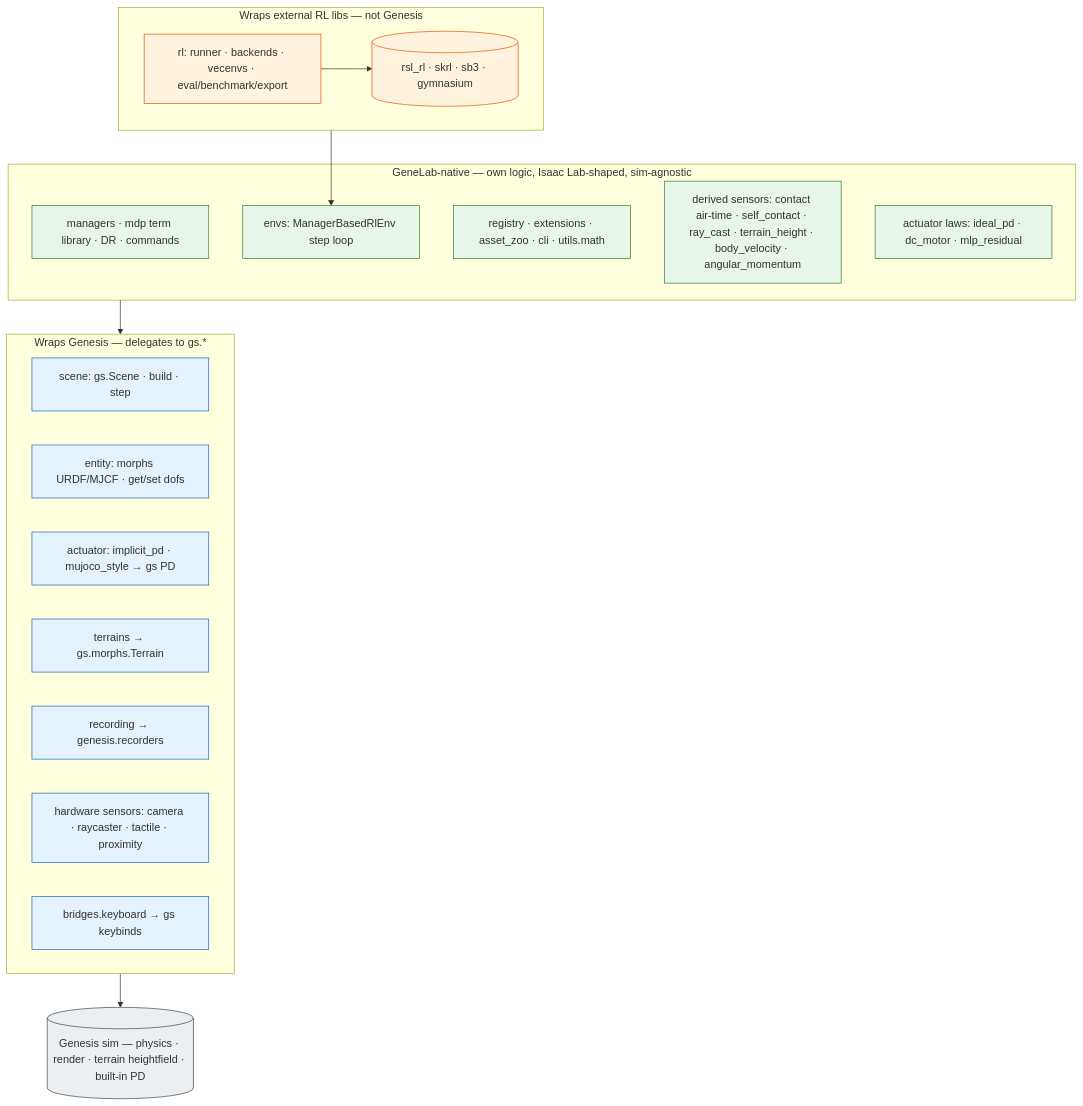
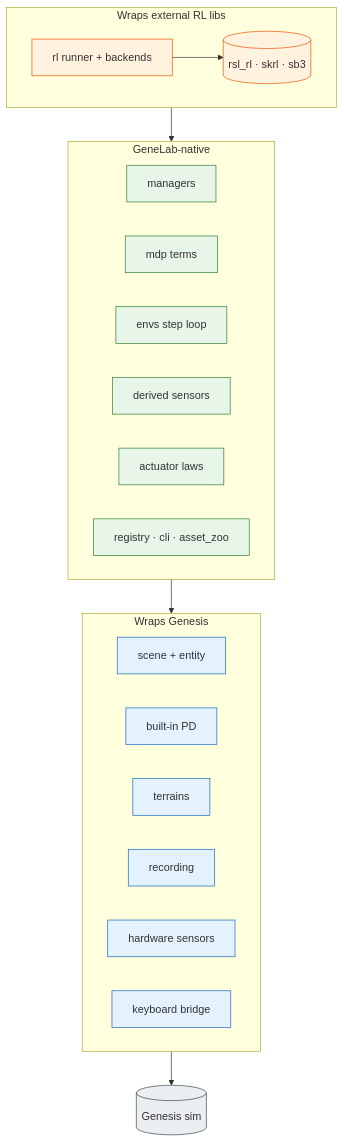
The second of 2 diagrams in docs/concepts/architecture.en.md (KraHsu/GeneLab), drawn with Mermaid before and after one commit. The commit also changed other lines of this file and 1 other file, not shown here.

Commit message:
docs(concepts): declutter the Genesis-boundary diagram
Collapse the long per-node bullet lists into short grouped labels (details
already live in the category table below) so the diagram reads cleanly.

````diff
--- a/docs/concepts/architecture.en.md
+++ b/docs/concepts/architecture.en.md
@@ -41,37 +41,40 @@
 ```mermaid
-flowchart TD
-    subgraph NAT["GeneLab-native — own logic, Isaac Lab-shaped, sim-agnostic"]
-        Managers[managers · mdp term library · DR · commands]
-        EnvLoop[envs: ManagerBasedRlEnv step loop]
-        Reg[registry · extensions · asset_zoo · cli · utils.math]
-        Derived[derived sensors: contact air-time · self_contact · ray_cast · terrain_height · body_velocity · angular_momentum]
-        ActLaws[actuator laws: ideal_pd · dc_motor · mlp_residual]
+flowchart TB
+    subgraph NAT["GeneLab-native"]
+        direction LR
+        Managers[managers]
+        MDPlib[mdp terms]
+        EnvLoop[envs step loop]
+        Derived[derived sensors]
+        ActLaws[actuator laws]
+        Infra[registry · cli · asset_zoo]
     end
-    subgraph WRAP["Wraps Genesis — delegates to gs.*"]
-        Scene2[scene: gs.Scene · build · step]
-        Entity2[entity: morphs URDF/MJCF · get/set dofs]
-        ImplAct[actuator: implicit_pd · mujoco_style → gs PD]
-        Terr[terrains → gs.morphs.Terrain]
-        Rec[recording → genesis.recorders]
-        HwSens[hardware sensors: camera · raycaster · tactile · proximity]
-        Kb[bridges.keyboard → gs keybinds]
+    subgraph WRAP["Wraps Genesis"]
+        direction LR
+        Scene2[scene + entity]
+        ImplAct[built-in PD]
+        Terr[terrains]
+        Rec[recording]
+        HwSens[hardware sensors]
+        Kb[keyboard bridge]
     end
-    subgraph EXT["Wraps external RL libs — not Genesis"]
-        RL[rl: runner · backends · vecenvs · eval/benchmark/export]
-        Libs[(rsl_rl · skrl · sb3 · gymnasium)]
+    subgraph EXT["Wraps external RL libs"]
+        direction LR
+        RL[rl runner + backends]
+        Libs[(rsl_rl · skrl · sb3)]
     end
-    GenesisSim[(Genesis sim — physics · render · terrain heightfield · built-in PD)]
+    GenesisSim[(Genesis sim)]
 
     NAT --> WRAP --> GenesisSim
     EXT --> EnvLoop
     RL --> Libs
 
     classDef nat fill:#e8f5e9,stroke:#2e7d32;
     classDef wrap fill:#e3f2fd,stroke:#1565c0;
     classDef ext fill:#fff3e0,stroke:#e65100;
     classDef sim fill:#eceff1,stroke:#37474f;
-    class Managers,EnvLoop,Reg,Derived,ActLaws nat;
-    class Scene2,Entity2,ImplAct,Terr,Rec,HwSens,Kb wrap;
+    class Managers,MDPlib,EnvLoop,Derived,ActLaws,Infra nat;
+    class Scene2,ImplAct,Terr,Rec,HwSens,Kb wrap;
     class RL,Libs ext;
     class GenesisSim sim;
 ```
````
